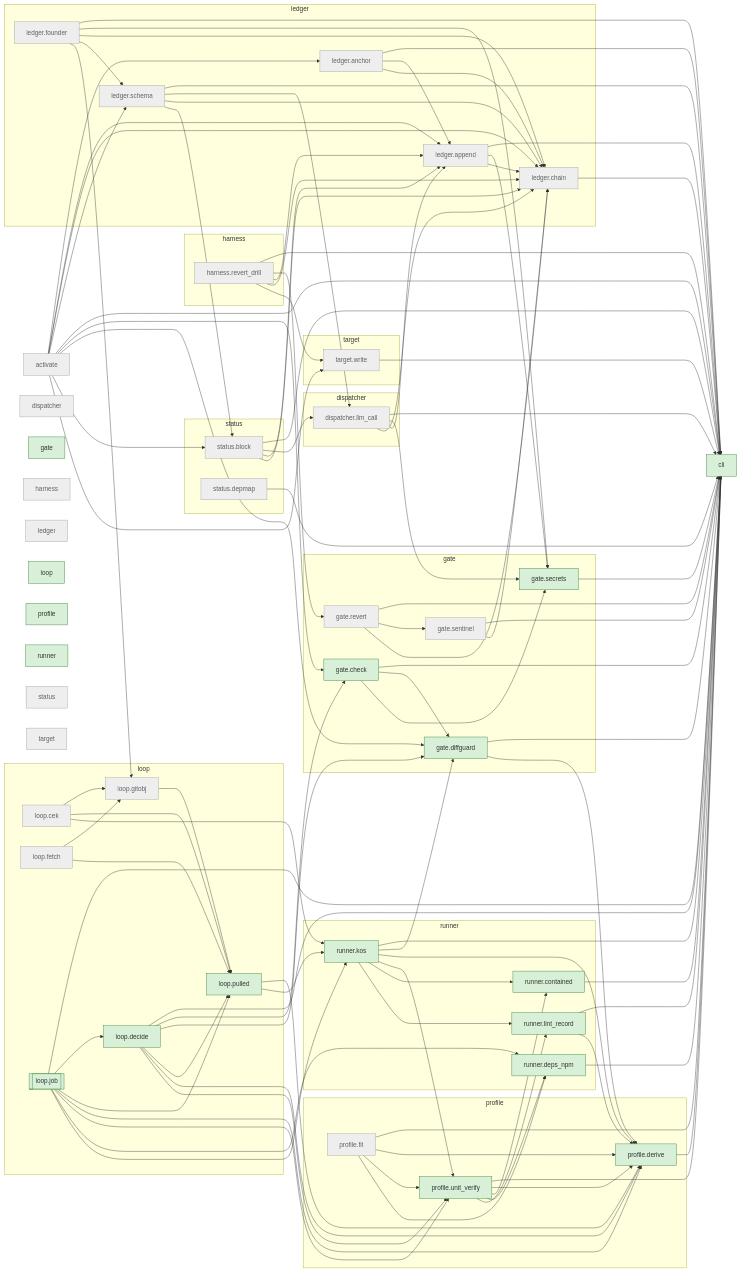
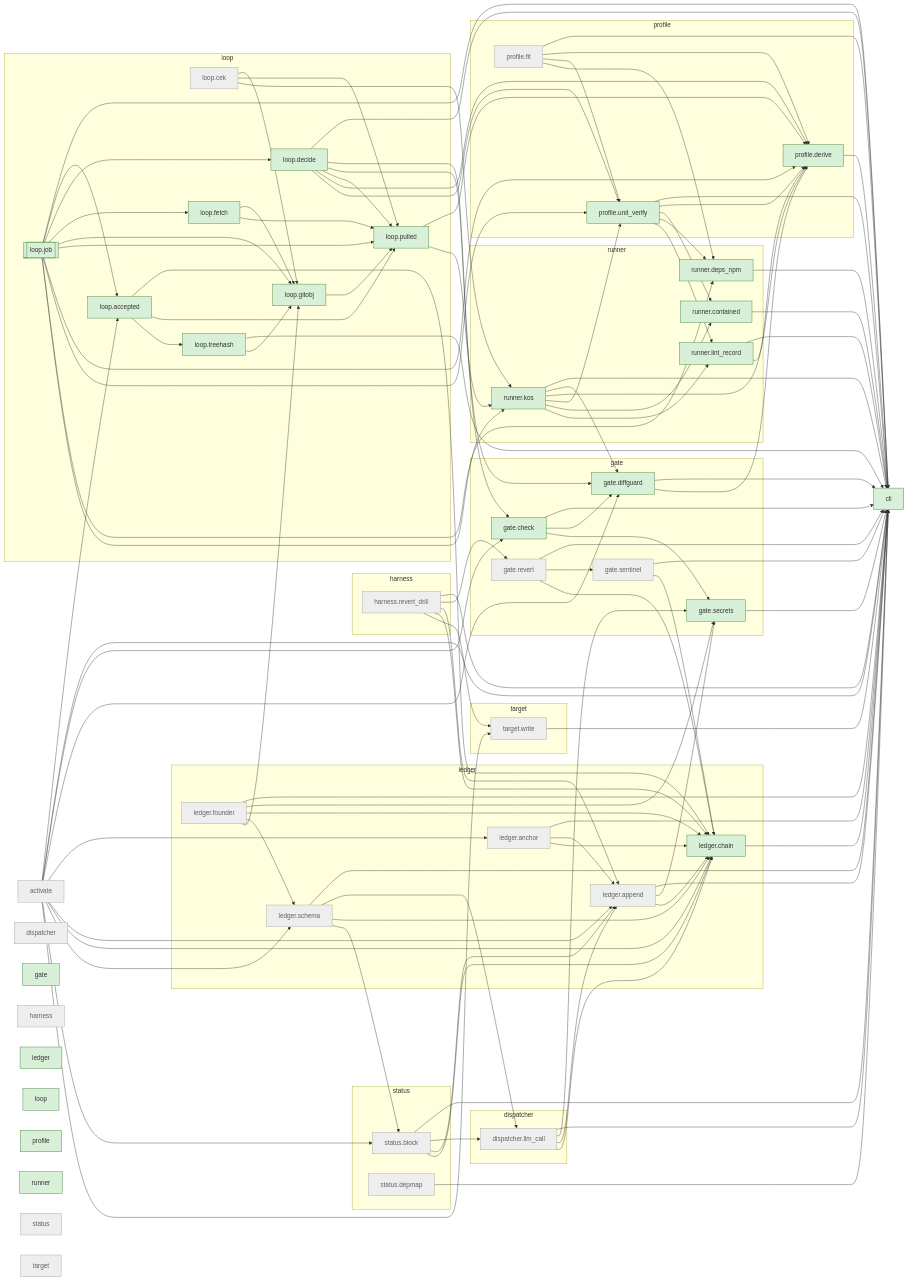
The diagram in docs/map/brain.md (Okan-wqm/snowball-rehearsal-brain), drawn with Mermaid before and after one commit. The commit also changed other lines of this file and 16 other files, not shown here.

````diff
--- a/docs/map/brain.md
+++ b/docs/map/brain.md
@@ -19,10 +19,10 @@
     n10["harness"]
     n12["ledger"]
     n18["loop"]
-    n25["profile"]
-    n29["runner"]
-    n34["status"]
-    n37["target"]
+    n27["profile"]
+    n31["runner"]
+    n36["status"]
+    n39["target"]
   subgraph g_dispatcher["dispatcher"]
     n3["dispatcher.llm_call"]
   end
@@ -44,30 +44,32 @@
     n17["ledger.schema"]
   end
   subgraph g_loop["loop"]
-    n19["loop.cek"]
-    n20["loop.decide"]
-    n21["loop.fetch"]
-    n22["loop.gitobj"]
-    n23[["loop.job"]]
-    n24["loop.pulled"]
+    n19["loop.accepted"]
+    n20["loop.cek"]
+    n21["loop.decide"]
+    n22["loop.fetch"]
+    n23["loop.gitobj"]
+    n24[["loop.job"]]
+    n25["loop.pulled"]
+    n26["loop.treehash"]
   end
   subgraph g_profile["profile"]
-    n26["profile.derive"]
-    n27["profile.fit"]
-    n28["profile.unit_verify"]
+    n28["profile.derive"]
+    n29["profile.fit"]
+    n30["profile.unit_verify"]
   end
   subgraph g_runner["runner"]
-    n30["runner.contained"]
-    n31["runner.deps_npm"]
-    n32["runner.kos"]
-    n33["runner.lint_record"]
+    n32["runner.contained"]
+    n33["runner.deps_npm"]
+    n34["runner.kos"]
+    n35["runner.lint_record"]
   end
   subgraph g_status["status"]
-    n35["status.block"]
-    n36["status.depmap"]
+    n37["status.block"]
+    n38["status.depmap"]
   end
   subgraph g_target["target"]
-    n38["target.write"]
+    n40["target.write"]
   end
   n0 --> n1
   n0 --> n5
@@ -76,8 +78,9 @@
   n0 --> n14
   n0 --> n15
   n0 --> n17
-  n0 --> n35
-  n0 --> n38
+  n0 --> n19
+  n0 --> n37
+  n0 --> n40
   n3 --> n1
   n3 --> n8
   n3 --> n14
@@ -86,7 +89,7 @@
   n5 --> n6
   n5 --> n8
   n6 --> n1
-  n6 --> n26
+  n6 --> n28
   n7 --> n1
   n7 --> n9
   n7 --> n15
@@ -97,7 +100,7 @@
   n11 --> n7
   n11 --> n14
   n11 --> n15
-  n11 --> n38
+  n11 --> n40
   n13 --> n1
   n13 --> n14
   n13 --> n15
@@ -109,60 +112,68 @@
   n16 --> n8
   n16 --> n15
   n16 --> n17
-  n16 --> n22
+  n16 --> n23
   n17 --> n1
   n17 --> n3
   n17 --> n15
-  n17 --> n35
-  n19 --> n22
-  n19 --> n24
-  n19 --> n32
-  n20 --> n1
-  n20 --> n5
-  n20 --> n6
-  n20 --> n24
-  n20 --> n26
-  n20 --> n28
-  n21 --> n22
-  n21 --> n24
-  n22 --> n24
-  n23 --> n1
-  n23 --> n20
-  n23 --> n24
-  n23 --> n26
-  n23 --> n28
-  n23 --> n31
-  n23 --> n32
-  n24 --> n26
-  n24 --> n32
+  n17 --> n37
+  n19 --> n15
+  n19 --> n25
+  n19 --> n26
+  n20 --> n23
+  n20 --> n25
+  n20 --> n34
+  n21 --> n1
+  n21 --> n5
+  n21 --> n6
+  n21 --> n25
+  n21 --> n28
+  n21 --> n30
+  n22 --> n23
+  n22 --> n25
+  n23 --> n25
+  n24 --> n1
+  n24 --> n19
+  n24 --> n21
+  n24 --> n22
+  n24 --> n23
+  n24 --> n25
+  n24 --> n28
+  n24 --> n30
+  n24 --> n33
+  n24 --> n34
+  n25 --> n28
+  n25 --> n34
   n26 --> n1
-  n27 --> n1
-  n27 --> n26
-  n27 --> n28
-  n27 --> n31
+  n26 --> n23
   n28 --> n1
-  n28 --> n26
-  n28 --> n30
-  n28 --> n31
-  n28 --> n33
+  n29 --> n1
+  n29 --> n28
+  n29 --> n30
+  n29 --> n33
   n30 --> n1
-  n31 --> n1
+  n30 --> n28
+  n30 --> n32
+  n30 --> n33
+  n30 --> n35
   n32 --> n1
-  n32 --> n6
-  n32 --> n26
-  n32 --> n28
-  n32 --> n30
-  n32 --> n33
   n33 --> n1
-  n33 --> n26
+  n34 --> n1
+  n34 --> n6
+  n34 --> n28
+  n34 --> n30
+  n34 --> n32
+  n34 --> n35
   n35 --> n1
-  n35 --> n3
-  n35 --> n14
-  n35 --> n15
-  n36 --> n1
+  n35 --> n28
+  n37 --> n1
+  n37 --> n3
+  n37 --> n14
+  n37 --> n15
   n38 --> n1
+  n40 --> n1
   classDef live fill:#d8f0d8,stroke:#2e7d32
   classDef off fill:#eeeeee,stroke:#9e9e9e,color:#616161
-  class n1,n4,n5,n6,n8,n18,n20,n23,n24,n25,n26,n28,n29,n30,n31,n32,n33 live
-  class n0,n2,n3,n7,n9,n10,n11,n12,n13,n14,n15,n16,n17,n19,n21,n22,n27,n34,n35,n36,n37,n38 off
+  class n1,n4,n5,n6,n8,n12,n15,n18,n19,n21,n22,n23,n24,n25,n26,n27,n28,n30,n31,n32,n33,n34,n35 live
+  class n0,n2,n3,n7,n9,n10,n11,n13,n14,n16,n17,n20,n29,n36,n37,n38,n39,n40 off
 ```
````
